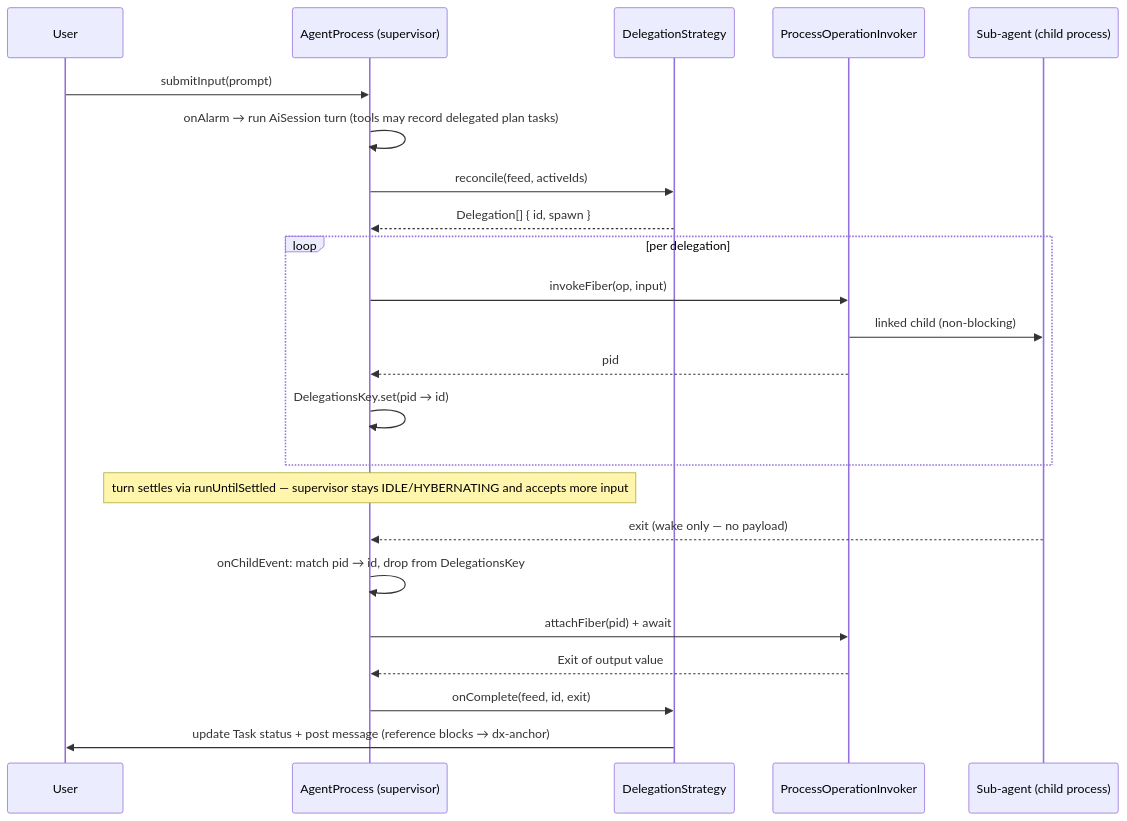
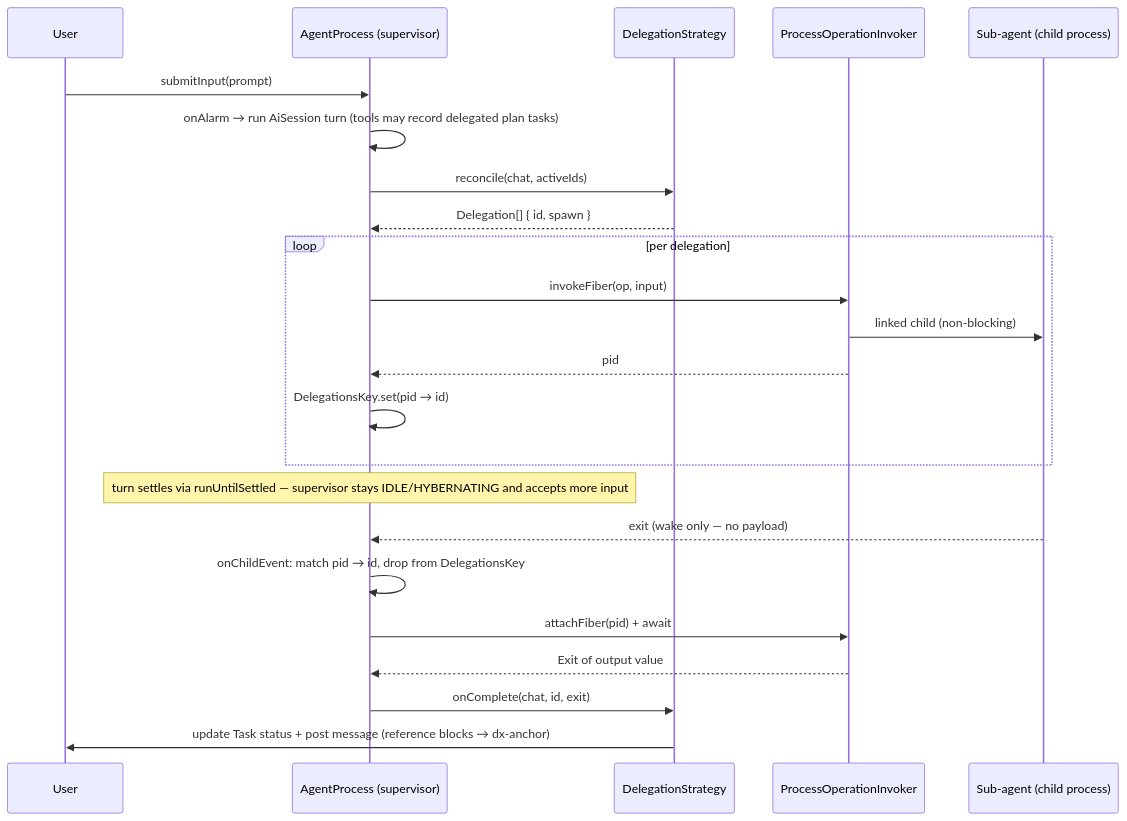
The second of 2 diagrams in packages/core/compute/agent-runtime/src/agent-service/README.md (dxos/dxos), drawn with Mermaid before and after one commit. The commit also changed other lines of this file and 120 other files, not shown here.

````diff
--- a/packages/core/compute/agent-runtime/src/agent-service/README.md
+++ b/packages/core/compute/agent-runtime/src/agent-service/README.md
@@ -55,27 +57,27 @@
 ```mermaid
 sequenceDiagram
   participant U as User
   participant AP as AgentProcess (supervisor)
   participant ST as DelegationStrategy
   participant POI as ProcessOperationInvoker
   participant CH as Sub-agent (child process)
 
   U->>AP: submitInput(prompt)
   AP->>AP: onAlarm → run AiSession turn (tools may record delegated plan tasks)
-  AP->>ST: reconcile(feed, activeIds)
+  AP->>ST: reconcile(chat, activeIds)
   ST-->>AP: Delegation[] { id, spawn }
   loop per delegation
     AP->>POI: invokeFiber(op, input)
     POI->>CH: linked child (non-blocking)
     POI-->>AP: pid
     AP->>AP: DelegationsKey.set(pid → id)
   end
   Note over AP: turn settles via runUntilSettled — supervisor stays IDLE/HYBERNATING and accepts more input
 
   CH-->>AP: exit (wake only — no payload)
   AP->>AP: onChildEvent: match pid → id, drop from DelegationsKey
   AP->>POI: attachFiber(pid) + await
   POI-->>AP: Exit of output value
-  AP->>ST: onComplete(feed, id, exit)
+  AP->>ST: onComplete(chat, id, exit)
   ST->>U: update Task status + post message (reference blocks → dx-anchor)
 ```
````
